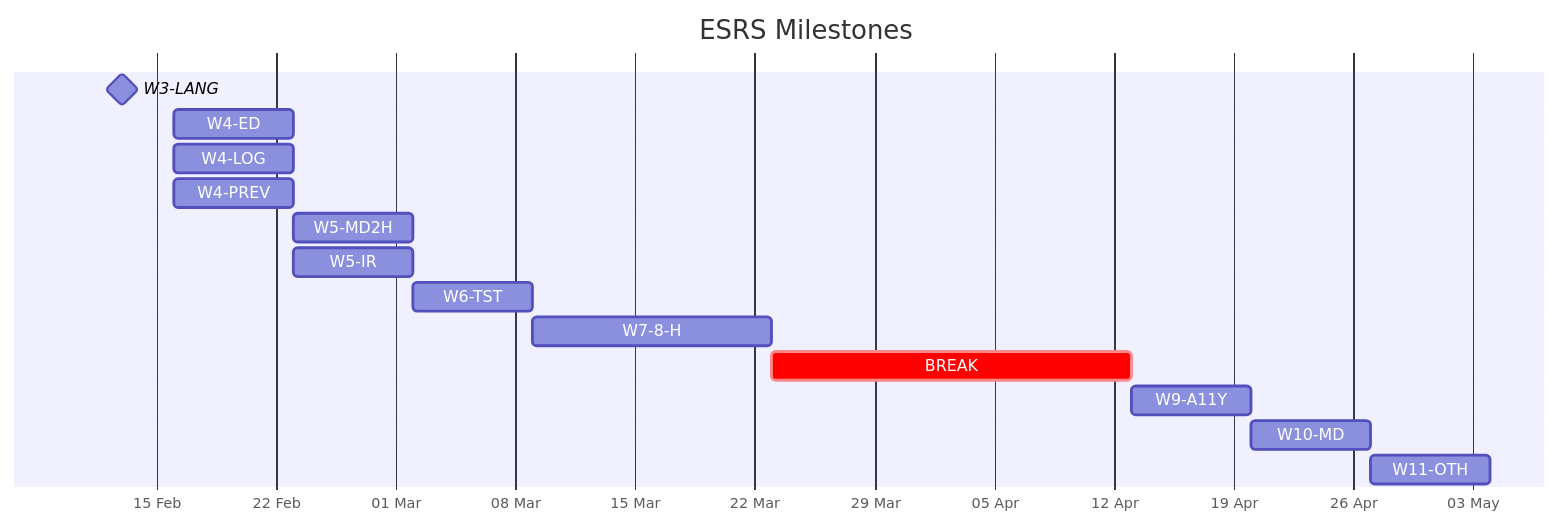
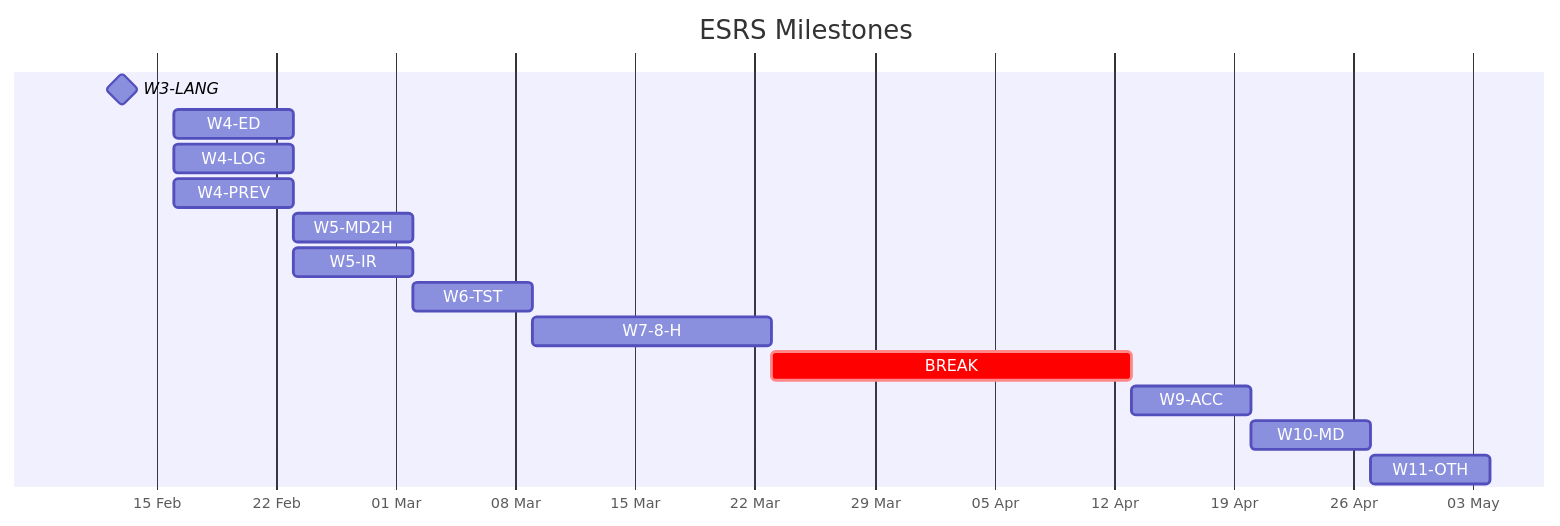
One commit to Sussex-ESRS-Team/writeOnce changed the first of 2 diagrams in specification.md. Above: the diagram before and after it, drawn with Mermaid. The commit also changed other lines of this file, not shown here.

````diff
--- a/specification.md
+++ b/specification.md
@@ -46,27 +46,27 @@
 ```mermaid
 gantt
     title ESRS Milestones 
     dateFormat  YYYY-MM-DD
     axisFormat  %d %b
     tickInterval 1week
 
     W3-LANG :milestone, m1, 2026-02-13, 0d
 
     W4-ED   :a1, 2026-02-16, 1w
     W4-LOG  :a2, 2026-02-16, 1w
     W4-PREV :a3, 2026-02-16, 1w
 
     W5-MD2H :a4, 2026-02-23, 1w
     W5-IR   :a5, 2026-02-23, 1w
 
     W6-TST  :a6, 2026-03-02, 1w
 
     W7-8-H  :a7, 2026-03-09, 2w
 
     BREAK   :crit, b1, 2026-03-23, 3w
 
-    W9-A11Y :a8, 2026-04-13, 1w
+    W9-ACC :a8, 2026-04-13, 1w
     W10-MD  :a9, 2026-04-20, 1w
     W11-OTH :a10, 2026-04-27, 1w
 
 ```
````
